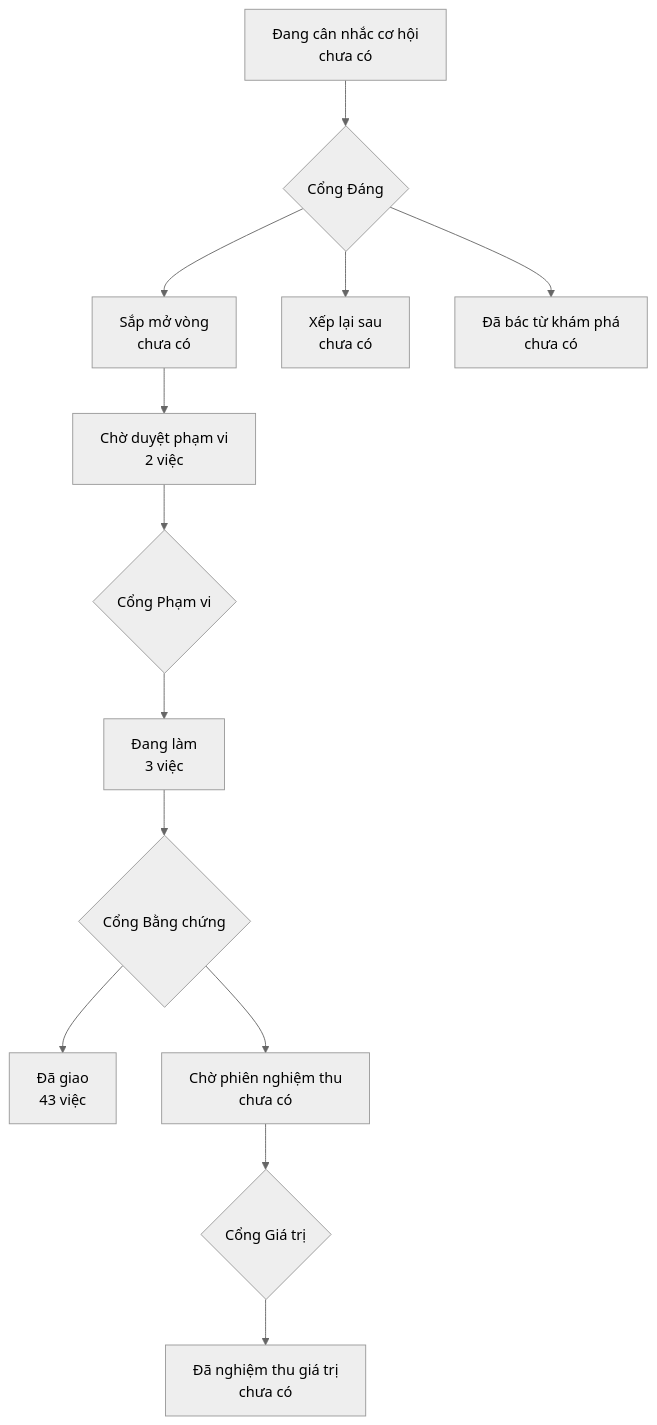
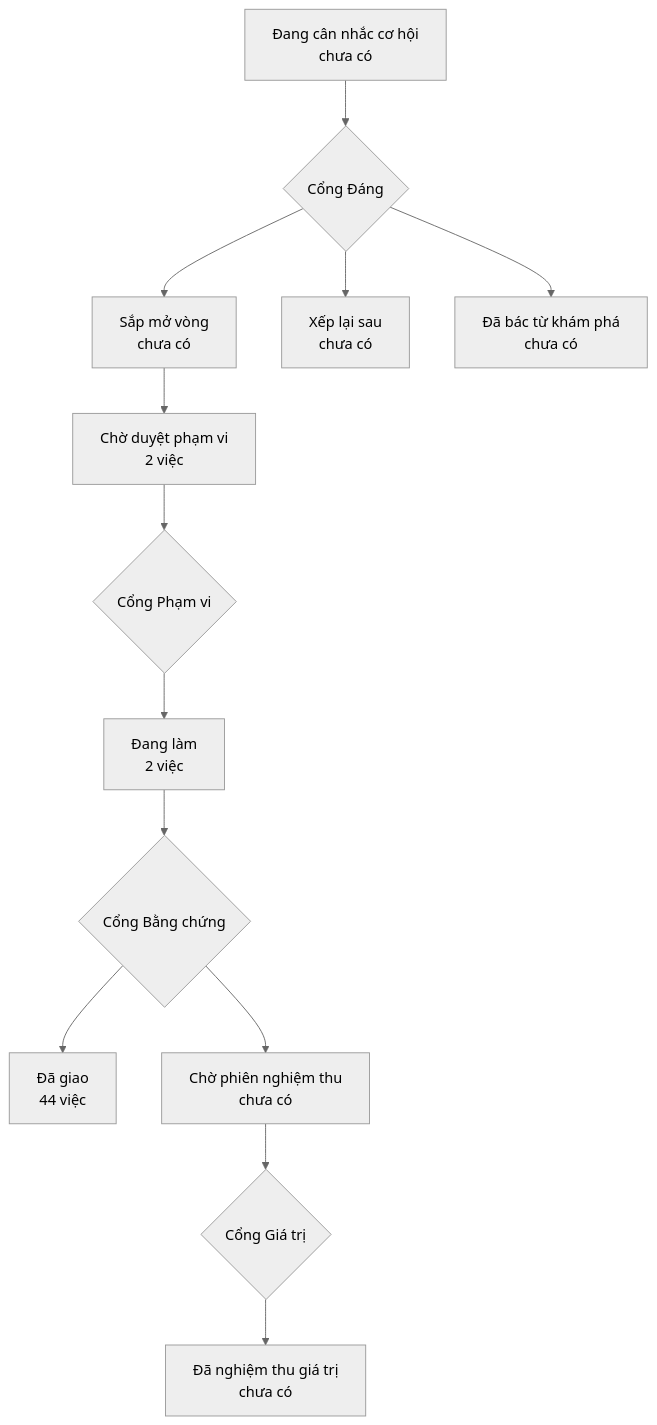
Before and after one commit to phanlemanh/acceptance-gate-kit: the diagram in PRODUCT-MAP.md, drawn with Mermaid (neutral theme).

Commit message:
chore(hinh-tai-cong-1): làm mới bản đồ sản phẩm sau chữ ký (T1, view máy sinh)

````diff
--- a/PRODUCT-MAP.md
+++ b/PRODUCT-MAP.md
@@ -6,12 +6,12 @@
 ```mermaid
 flowchart TD
   A["Đang cân nhắc cơ hội<br/>chưa có"] --> GD{"Cổng Đáng"}
   GD --> B["Sắp mở vòng<br/>chưa có"]
   GD --> XL["Xếp lại sau<br/>chưa có"]
   GD --> DB["Đã bác từ khám phá<br/>chưa có"]
   B --> CD["Chờ duyệt phạm vi<br/>2 việc"] --> GP{"Cổng Phạm vi"}
-  GP --> DL["Đang làm<br/>3 việc"] --> GB{"Cổng Bằng chứng"}
-  GB --> DG["Đã giao<br/>43 việc"]
+  GP --> DL["Đang làm<br/>2 việc"] --> GB{"Cổng Bằng chứng"}
+  GB --> DG["Đã giao<br/>44 việc"]
   GB --> CN["Chờ phiên nghiệm thu<br/>chưa có"] --> GG{"Cổng Giá trị"}
   GG --> NT["Đã nghiệm thu giá trị<br/>chưa có"]
 ```
````
